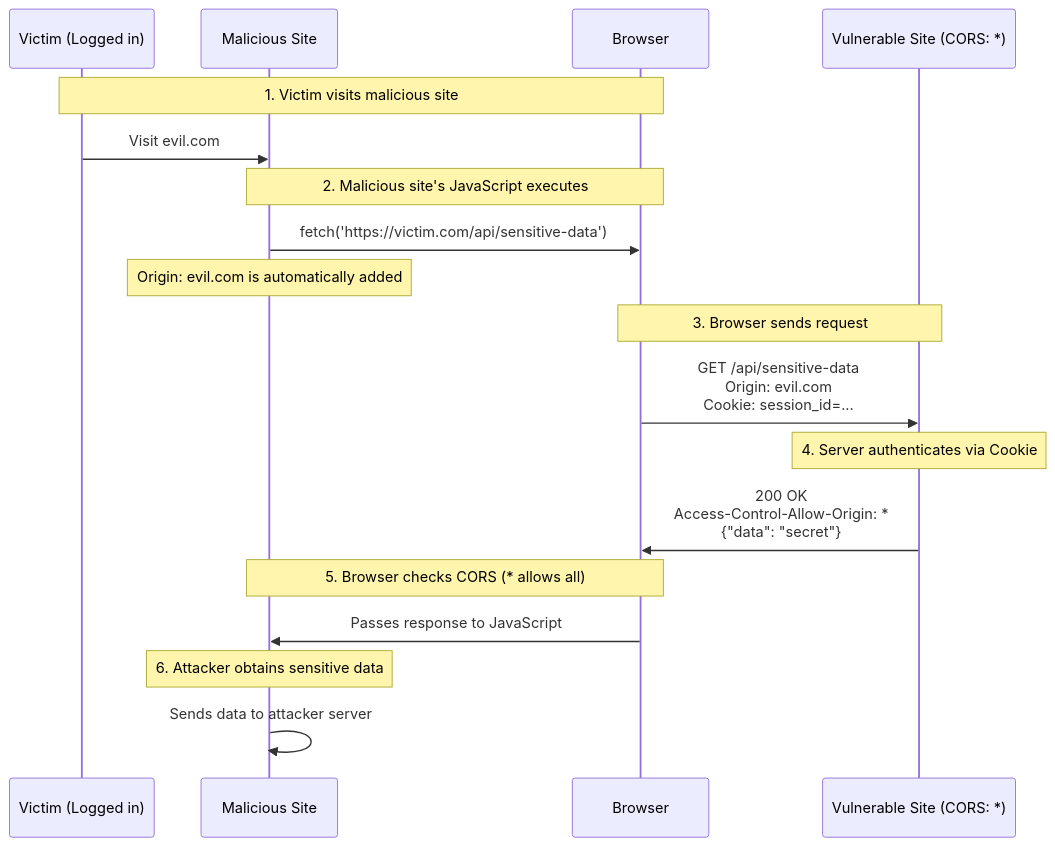
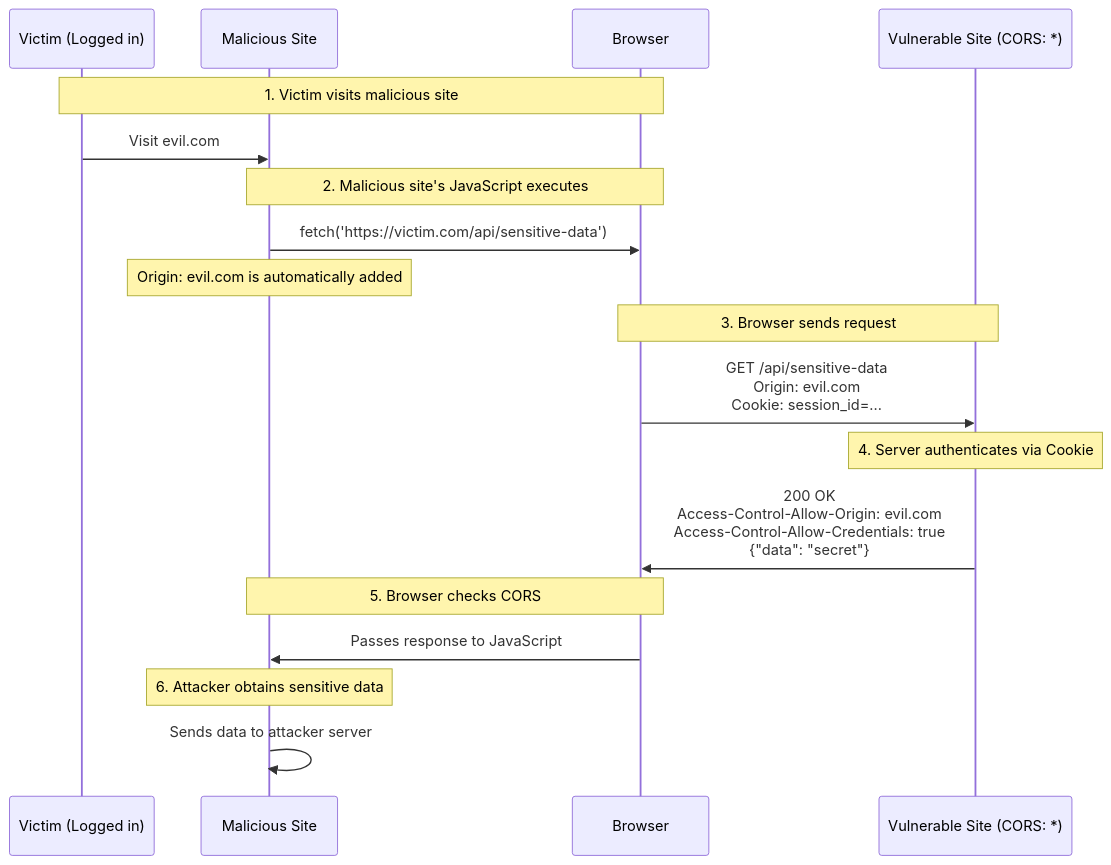
One commit to sokoide/workshop changed the fourth of 4 diagrams in infra/web_security_en.md. Above: the diagram before and after it, drawn with Mermaid. The commit also changed other lines of this file and 1 other file, not shown here.

````diff
--- a/infra/web_security_en.md
+++ b/infra/web_security_en.md
@@ -76,26 +76,26 @@
 ```mermaid
 sequenceDiagram
     participant V as Victim (Logged in)
     participant E as Malicious Site
     participant B as Browser
     participant S as Vulnerable Site (CORS: *)
 
     Note over V, B: 1. Victim visits malicious site
     V->>E: Visit evil.com
 
     Note over E, B: 2. Malicious site's JavaScript executes
     E->>B: fetch('https://victim.com/api/sensitive-data')
     Note over E: Origin: evil.com is automatically added
 
     Note over B, S: 3. Browser sends request
     B->>S: GET /api/sensitive-data<br/>Origin: evil.com<br/>Cookie: session_id=...
 
     Note over S: 4. Server authenticates via Cookie
-    S->>B: 200 OK<br/>Access-Control-Allow-Origin: *<br/>{"data": "secret"}
+    S->>B: 200 OK<br/>Access-Control-Allow-Origin: evil.com<br/>Access-Control-Allow-Credentials: true<br/>{"data": "secret"}
 
-    Note over B, E: 5. Browser checks CORS (* allows all)
+    Note over B, E: 5. Browser checks CORS
     B->>E: Passes response to JavaScript
 
     Note over E: 6. Attacker obtains sensitive data
     E->>E: Sends data to attacker server
 ```
````
